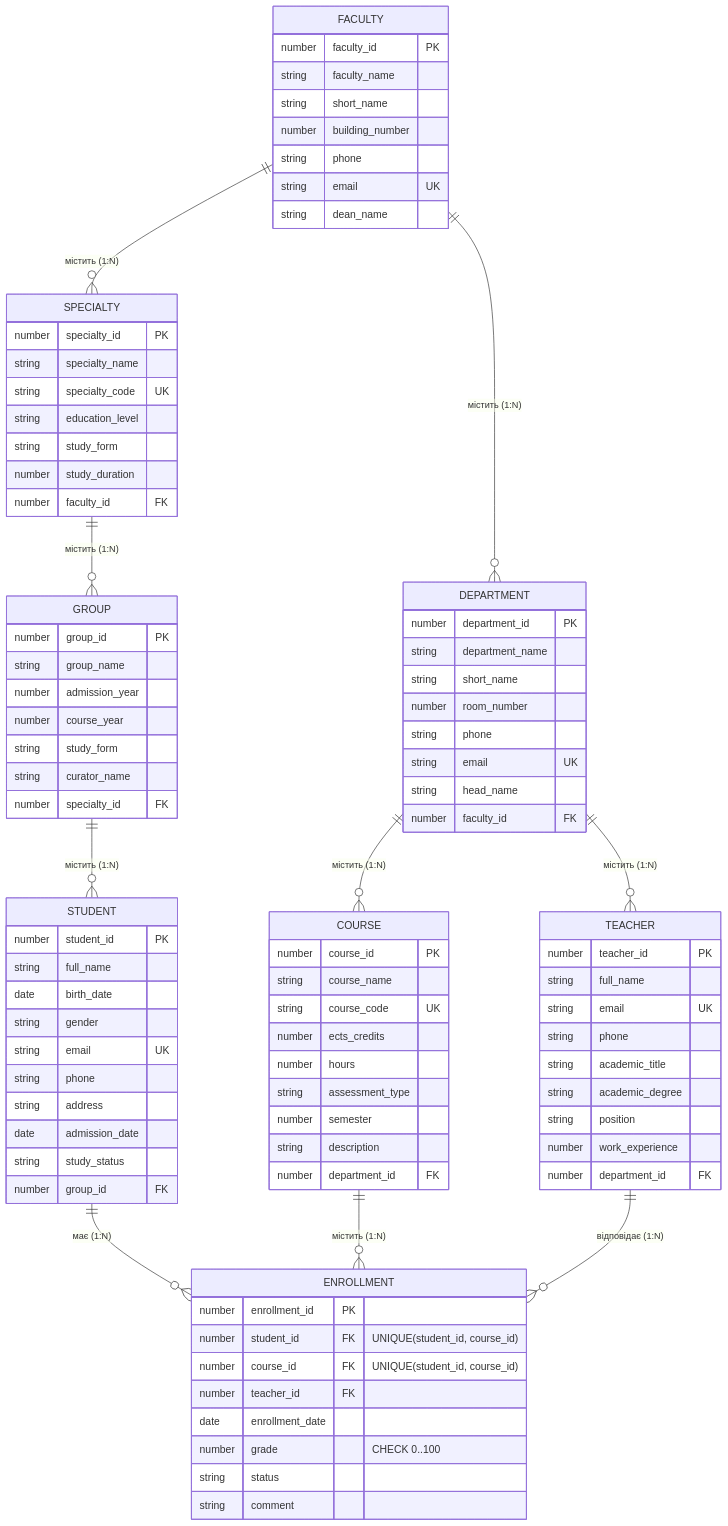
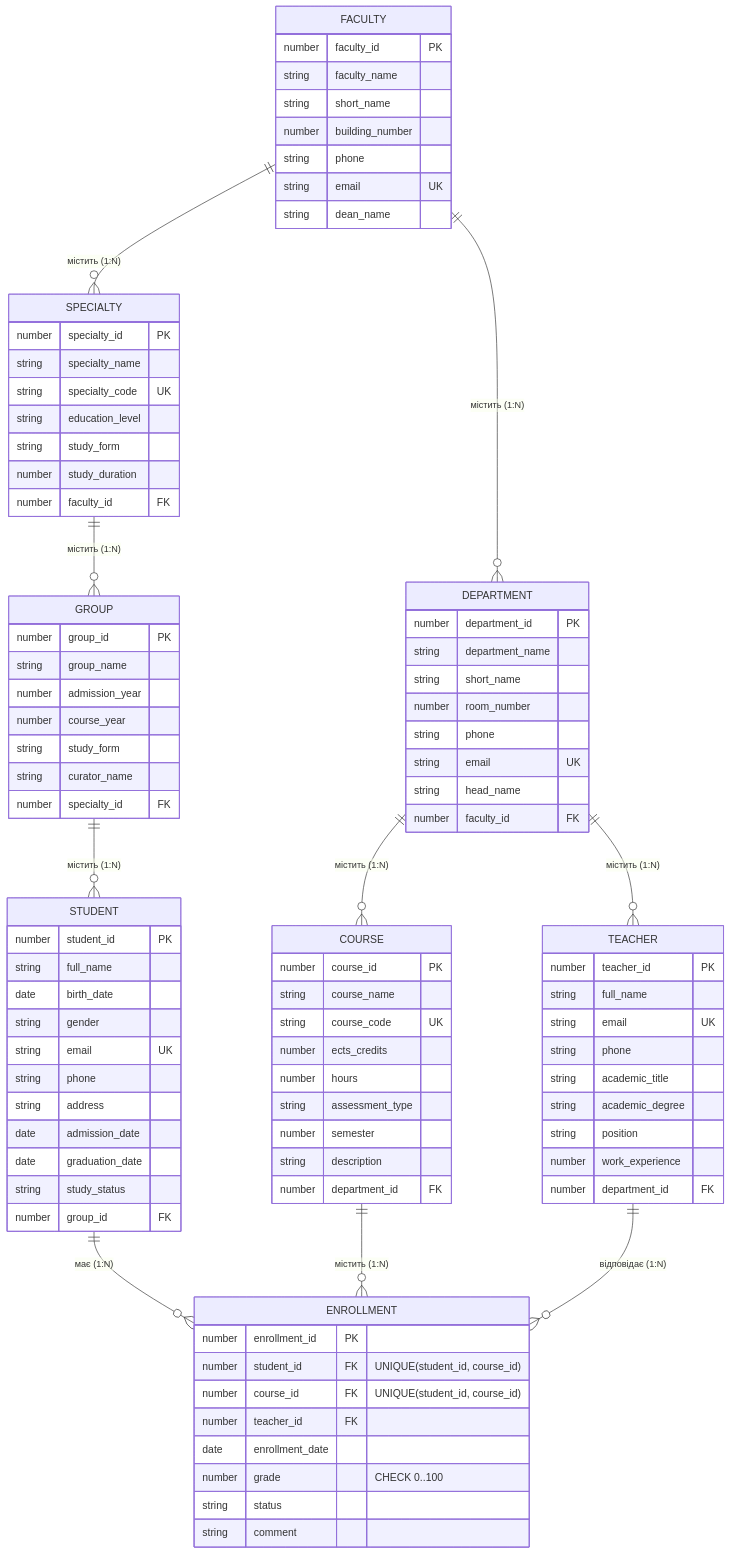
The diagram in Lab1/README.md (overdimension/KPI2-labs), drawn with Mermaid before and after one commit.

Commit message:
Add graduation_date field to README.md

```diff
--- a/Lab1/README.md
+++ b/Lab1/README.md
@@ -70,6 +70,7 @@
         string phone
         string address
         date admission_date
+        date graduation_date
         string study_status
         number group_id FK
     }
```
